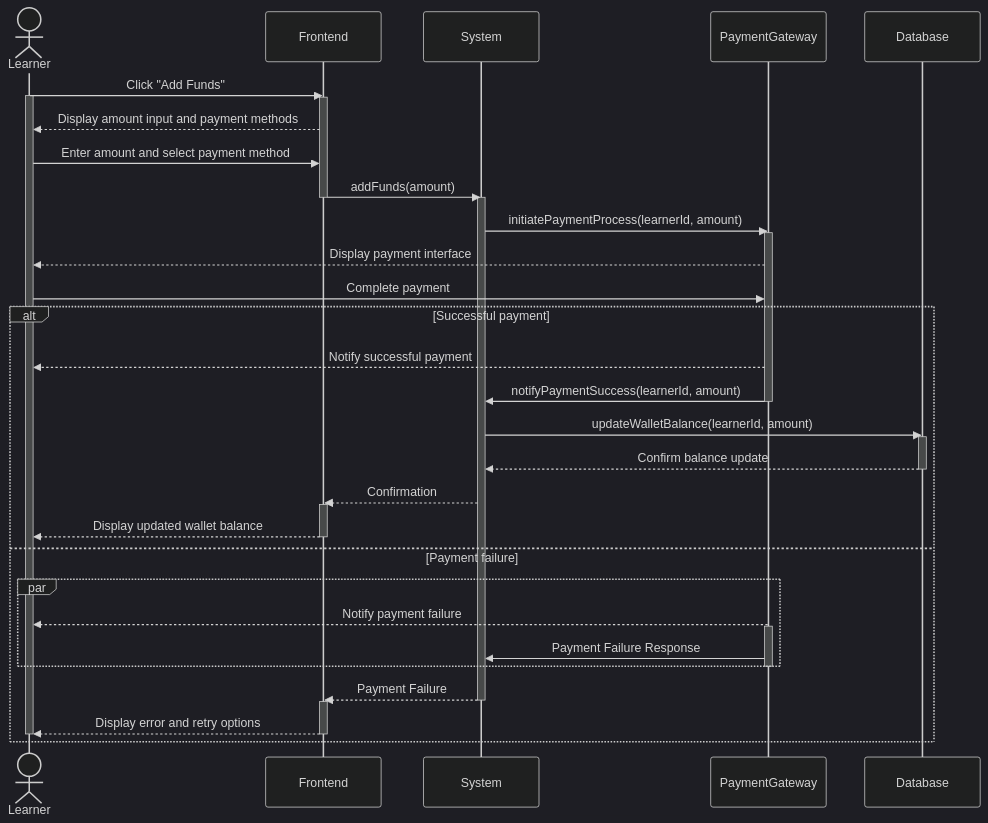
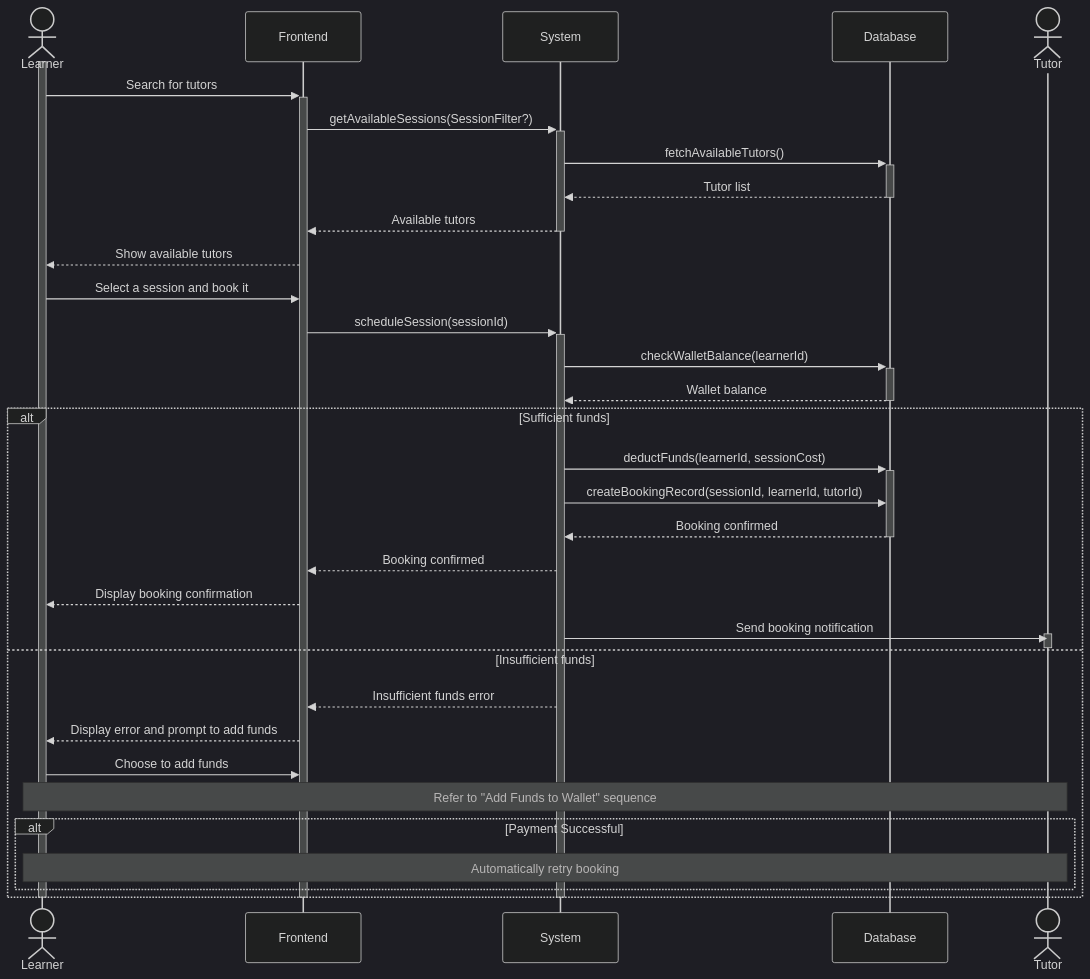
Before and after one commit to Shaar03/Diagrams: the diagram in addFundsToWallet.mermaid, drawn with Mermaid (dark theme).

Commit message:
reference to other seq

```diff
--- a/addFundsToWallet.mermaid
+++ b/addFundsToWallet.mermaid
@@ -1,50 +1,41 @@
 sequenceDiagram
     actor Learner
     participant Frontend
     participant System
-    participant PaymentGateway
     participant Database
+    actor Tutor
 
-    Learner->>Frontend: Click "Add Funds"
     activate Learner
-    activate Frontend
-    Frontend-->>Learner: Display amount input and payment methods
-    Learner->>Frontend: Enter amount and select payment method
-    Frontend->>System: addFunds(amount)
-    activate System
+    Learner->>+Frontend: Search for tutors
+    Frontend->>+System: getAvailableSessions(SessionFilter?)
+    System->>+Database: fetchAvailableTutors()
+    Database-->>-System: Tutor list
+    System-->>-Frontend: Available tutors
+    Frontend-->>Learner: Show available tutors
+    Learner->>Frontend: Select a session and book it
+    Frontend->>+System: scheduleSession(sessionId)
+    System->>+Database: checkWalletBalance(learnerId)
+    Database-->>-System: Wallet balance
+    alt Sufficient funds
+        System->>+Database: deductFunds(learnerId, sessionCost)
+        System->>Database: createBookingRecord(sessionId, learnerId, tutorId)
+        Database-->>-System: Booking confirmed
+        System-->>Frontend: Booking confirmed
+        Frontend-->>Learner: Display booking confirmation
+        System->>Tutor: Send booking notification
+        activate Tutor
+        deactivate Tutor
+    else Insufficient funds
+        System-->>Frontend: Insufficient funds error
+        Frontend-->>Learner: Display error and prompt to add funds
+        Learner->>Frontend: Choose to add funds
+
+        Note over Learner, Tutor: Refer to "Add Funds to Wallet" sequence
+
+        alt Payment Successful
+            Note over Learner, Tutor: Automatically retry booking
+        end
+    end
+    deactivate System
     deactivate Frontend
-    
-    System->>PaymentGateway: initiatePaymentProcess(learnerId, amount)
-    activate PaymentGateway
-    PaymentGateway-->>Learner: Display payment interface
-
-    Learner->>PaymentGateway: Complete payment
-    alt Successful payment
-        PaymentGateway-->>Learner: Notify successful payment
-        PaymentGateway->>System: notifyPaymentSuccess(learnerId, amount)
-        deactivate PaymentGateway
-        
-        System->>Database: updateWalletBalance(learnerId, amount)
-        activate Database
-        Database-->>System: Confirm balance update
-        deactivate Database
-        
-        System-->>Frontend: Confirmation
-        activate Frontend
-        Frontend-->>Learner: Display updated wallet balance
-        deactivate Frontend
-    else Payment failure
-        par
-            PaymentGateway-->>Learner: Notify payment failure
-            activate PaymentGateway
-            PaymentGateway->>System: Payment Failure Response
-        end
-        deactivate PaymentGateway
-        
-        System-->>Frontend: Payment Failure 
-        deactivate System
-        activate Frontend
-        Frontend-->>Learner: Display error and retry options
-        deactivate Learner
-        deactivate Frontend
-    end
+    deactivate Learner
```
